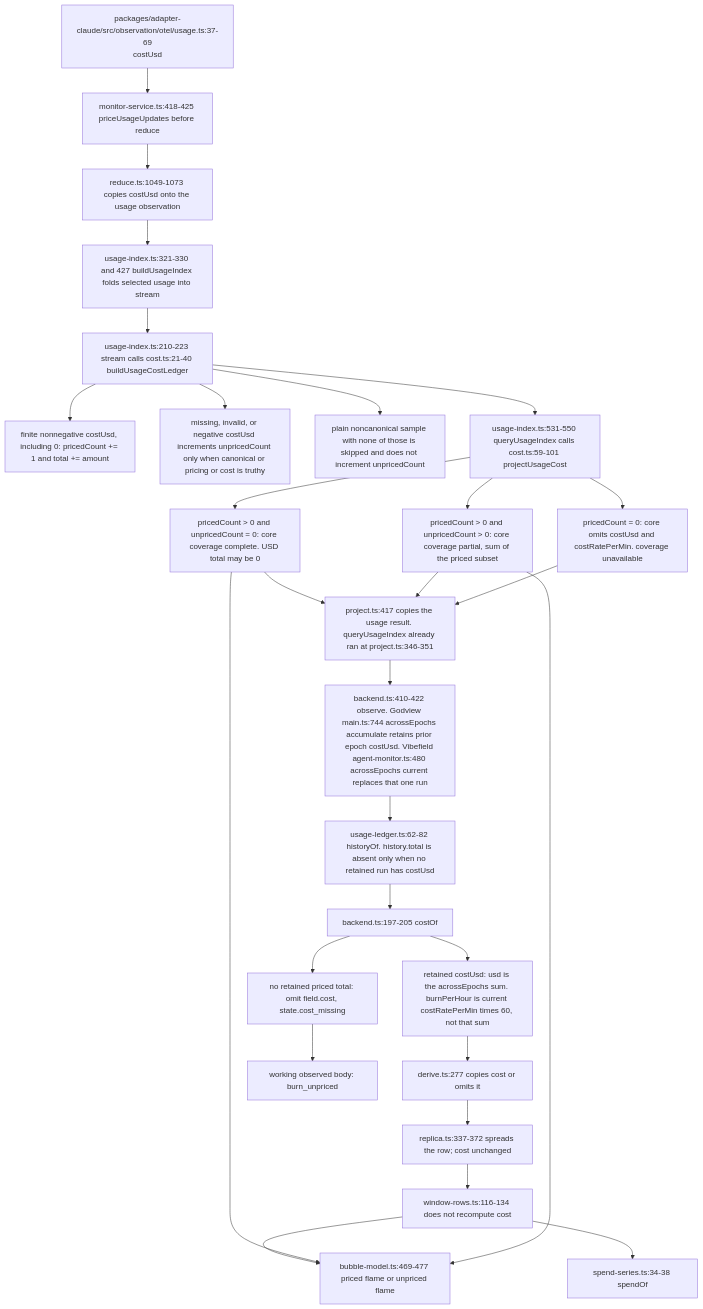
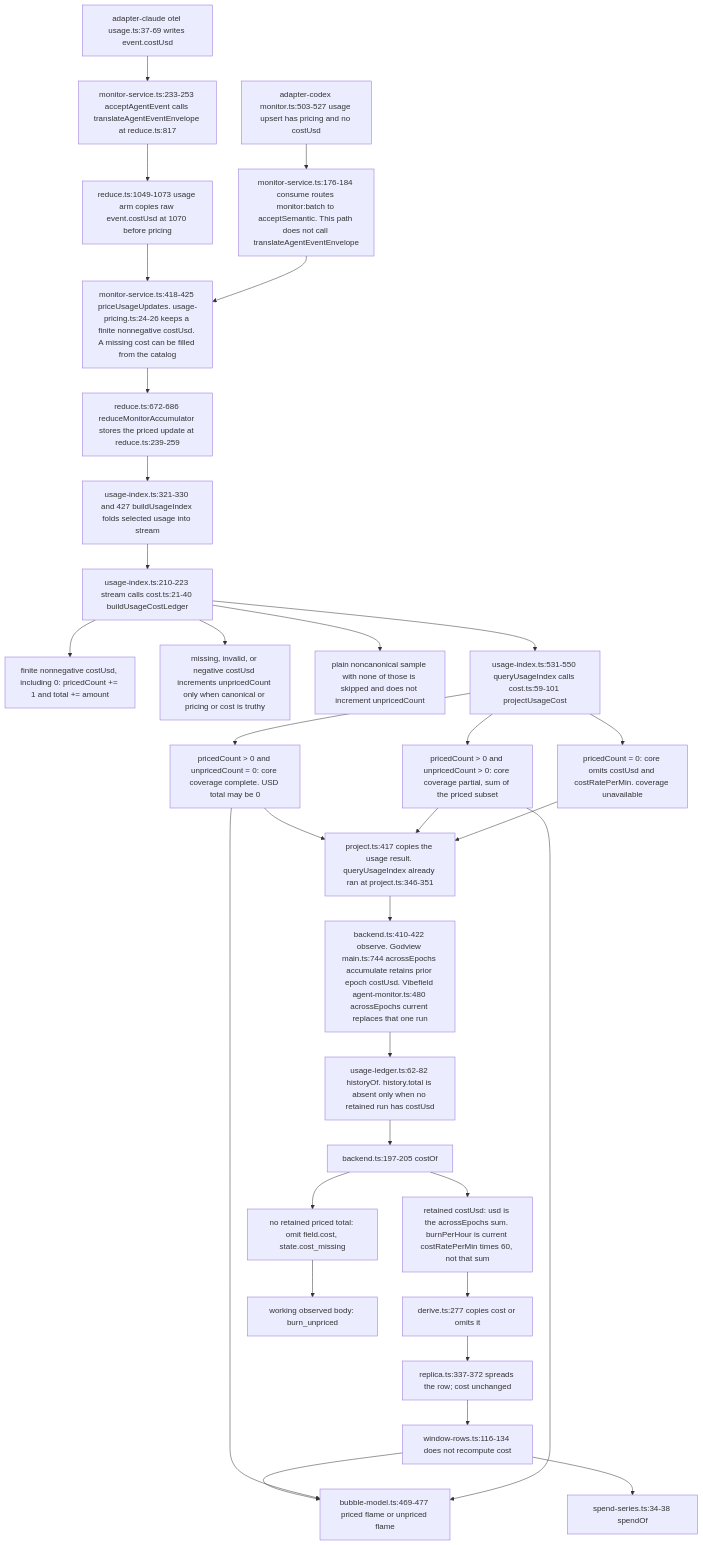
One commit to vibefield/vibefield changed the diagram in audit/godview/plan/graphs/cost-priced.mmd. Above: the diagram before and after it, drawn with Mermaid. The commit also changed 40 other files, not shown here.

```diff
--- a/audit/godview/plan/graphs/cost-priced.mmd
+++ b/audit/godview/plan/graphs/cost-priced.mmd
@@ -1,32 +1,37 @@
-%% field: field.cost.usd
-%% adapter: claude
+%% field: field.cost
+%% adapters: claude and codex
 %% forensic: source-read; liveObserved false
 flowchart TD
-  signal["packages/adapter-claude/src/observation/otel/usage.ts:37-69\ncostUsd"]
-  signal --> price["monitor-service.ts:418-425 priceUsageUpdates before reduce"]
-  price --> reduce["reduce.ts:1049-1073 copies costUsd onto the usage observation"]
-  reduce --> index["usage-index.ts:321-330 and 427 buildUsageIndex folds selected usage into stream"]
+  claude["adapter-claude otel usage.ts:37-69 writes event.costUsd"]
+  claude --> accept["monitor-service.ts:233-253 acceptAgentEvent calls translateAgentEventEnvelope at reduce.ts:817"]
+  accept --> translate["reduce.ts:1049-1073 usage arm copies raw event.costUsd at 1070 before pricing"]
+  codex["adapter-codex monitor.ts:503-527 usage upsert has pricing and no costUsd"]
+  codex --> semantic["monitor-service.ts:176-184 consume routes monitor:batch to acceptSemantic. This path does not call translateAgentEventEnvelope"]
+  translate --> price["monitor-service.ts:418-425 priceUsageUpdates. usage-pricing.ts:24-26 keeps a finite nonnegative costUsd. A missing cost can be filled from the catalog"]
+  semantic --> price
+  price --> accum["reduce.ts:672-686 reduceMonitorAccumulator stores the priced update at reduce.ts:239-259"]
+  accum --> index["usage-index.ts:321-330 and 427 buildUsageIndex folds selected usage into stream"]
   index --> counts["usage-index.ts:210-223 stream calls cost.ts:21-40 buildUsageCostLedger"]
   counts --> pricedObs["finite nonnegative costUsd, including 0: pricedCount += 1 and total += amount"]
   counts --> guarded["missing, invalid, or negative costUsd increments unpricedCount only when canonical or pricing or cost is truthy"]
   counts --> skipped["plain noncanonical sample with none of those is skipped and does not increment unpricedCount"]
   counts --> decide["usage-index.ts:531-550 queryUsageIndex calls cost.ts:59-101 projectUsageCost"]
   decide --> complete["pricedCount > 0 and unpricedCount = 0: core coverage complete. USD total may be 0"]
   decide --> partialCore["pricedCount > 0 and unpricedCount > 0: core coverage partial, sum of the priced subset"]
   decide --> coreNone["pricedCount = 0: core omits costUsd and costRatePerMin. coverage unavailable"]
   complete --> project["project.ts:417 copies the usage result. queryUsageIndex already ran at project.ts:346-351"]
   partialCore --> project
   coreNone --> project
   project --> epochs["backend.ts:410-422 observe. Godview main.ts:744 acrossEpochs accumulate retains prior epoch costUsd. Vibefield agent-monitor.ts:480 acrossEpochs current replaces that one run"]
   epochs --> agg["usage-ledger.ts:62-82 historyOf. history.total is absent only when no retained run has costUsd"]
   agg --> costOf["backend.ts:197-205 costOf"]
   costOf --> missing["no retained priced total: omit field.cost, state.cost_missing"]
   costOf --> kept["retained costUsd: usd is the acrossEpochs sum. burnPerHour is current costRatePerMin times 60, not that sum"]
   kept --> derive["derive.ts:277 copies cost or omits it"]
   derive --> replica["replica.ts:337-372 spreads the row; cost unchanged"]
   replica --> window["window-rows.ts:116-134 does not recompute cost"]
   window --> swarm["bubble-model.ts:469-477 priced flame or unpriced flame"]
   window --> spend["spend-series.ts:34-38 spendOf"]
   complete --> swarm
   partialCore --> swarm
   missing --> unpricedFlame["working observed body: burn_unpriced"]
```
